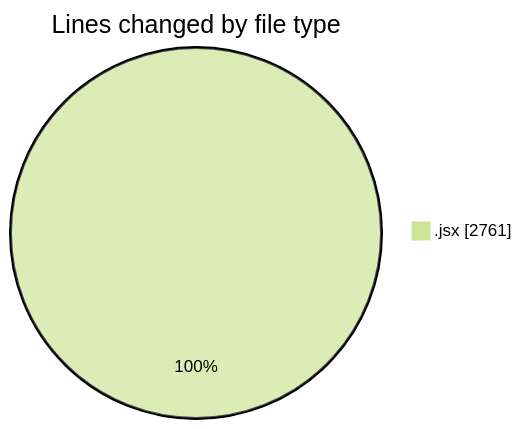
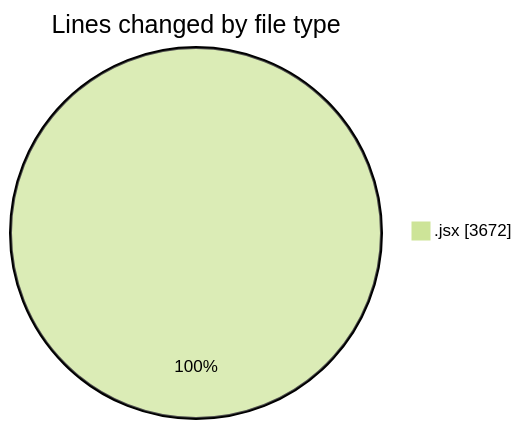
One commit to nxtqubesakshisongat/code-tracking changed the first of 2 diagrams in 2025-09-28/nxtqube_webapp/README.md. Above: the diagram before and after it, drawn with Mermaid (forest theme). The commit also changed other lines of this file and 1 other file, not shown here.

````diff
--- a/2025-09-28/nxtqube_webapp/README.md
+++ b/2025-09-28/nxtqube_webapp/README.md
@@ -20,5 +21,5 @@
 ```mermaid
 pie showData
 title Lines changed by file type
-".jsx" : 2761
+".jsx" : 3672
 ```
````
